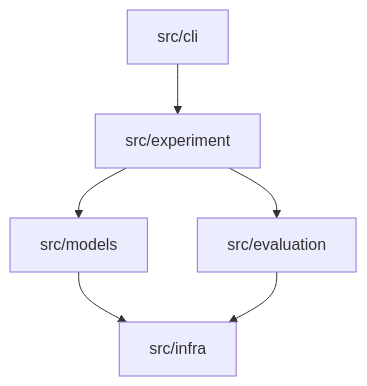
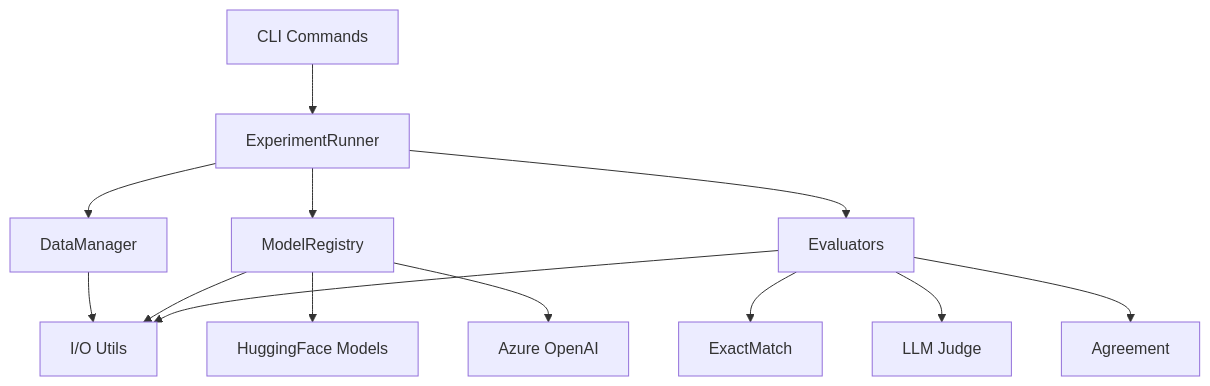
The diagram in docs/development.md (vladanaSTM/nl2atl), drawn with Mermaid before and after one commit. The commit also changed other lines of this file and 10 other files, not shown here.

````diff
--- a/docs/development.md
+++ b/docs/development.md
@@ -80,8 +181,18 @@
 ```mermaid
-graph TD
-    CLI[src/cli] --> EXP[src/experiment]
-    EXP --> MOD[src/models]
-    EXP --> EVAL[src/evaluation]
-    MOD --> INFRA[src/infra]
-    EVAL --> INFRA
+flowchart TD
+    CLI[CLI Commands] --> Runner[ExperimentRunner]
+    Runner --> DataMgr[DataManager]
+    Runner --> Registry[ModelRegistry]
+    Runner --> Evaluator[Evaluators]
+    
+    Registry --> HF[HuggingFace Models]
+    Registry --> Azure[Azure OpenAI]
+    
+    Evaluator --> Exact[ExactMatch]
+    Evaluator --> Judge[LLM Judge]
+    Evaluator --> Agreement[Agreement]
+    
+    DataMgr --> IO[I/O Utils]
+    Registry --> IO
+    Evaluator --> IO
 ```
````
